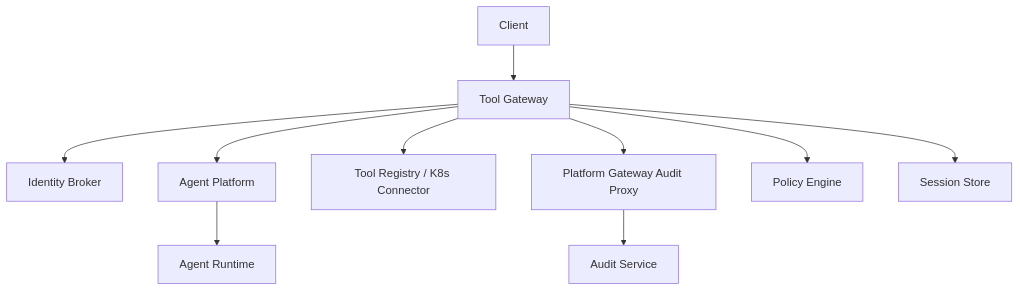
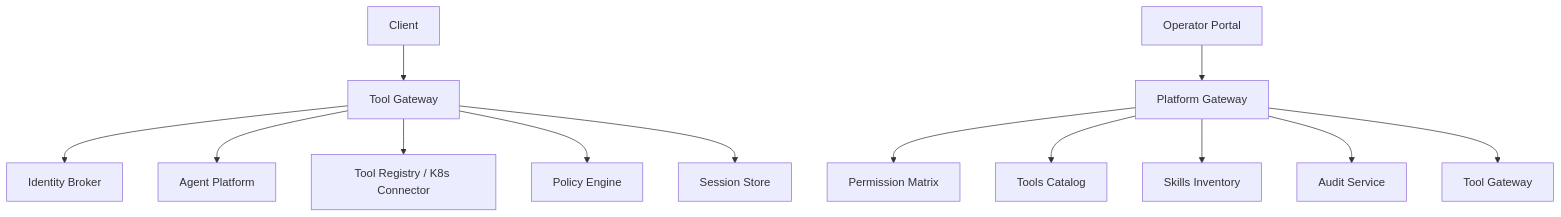
The first of 3 diagrams in .qoder/repowiki/en/content/API Reference/API Reference.md (metasync/luban-aiops), drawn with Mermaid before and after one commit. The commit also changed other lines of this file and 26 other files, not shown here.

````diff
--- a/.qoder/repowiki/en/content/API Reference/API Reference.md
+++ b/.qoder/repowiki/en/content/API Reference/API Reference.md
@@ -88,12 +100,15 @@
 ```mermaid
 graph TB
 Client["Client"] --> Gateway["Tool Gateway"]
 Gateway --> Auth["Identity Broker"]
 Gateway --> Agent["Agent Platform"]
 Gateway --> Tools["Tool Registry / K8s Connector"]
-Gateway --> AuditProxy["Platform Gateway Audit Proxy"]
-AuditProxy --> AuditService["Audit Service"]
-Agent --> Runtime["Agent Runtime"]
 Gateway --> Policy["Policy Engine"]
 Gateway --> Store["Session Store"]
+Portal["Operator Portal"] --> PlatformGW["Platform Gateway"]
+PlatformGW --> PolicyMatrix["Permission Matrix"]
+PlatformGW --> ToolsCatalog["Tools Catalog"]
+PlatformGW --> SkillsInventory["Skills Inventory"]
+PlatformGW --> AuditService["Audit Service"]
+PlatformGW --> ToolGateway["Tool Gateway"]
 ```
````
